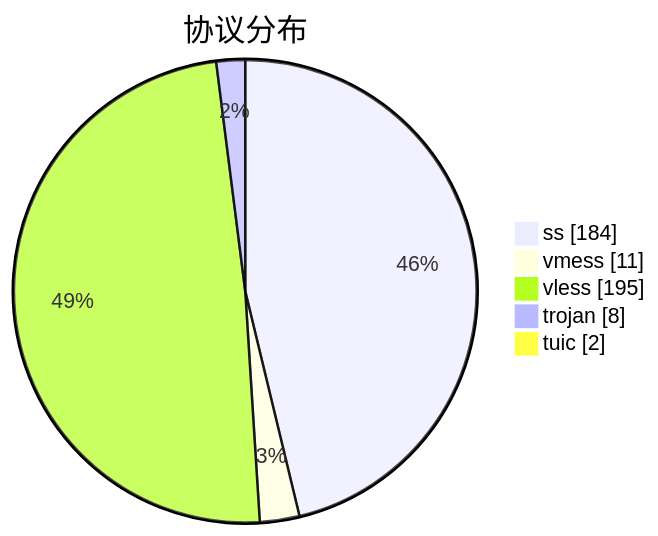
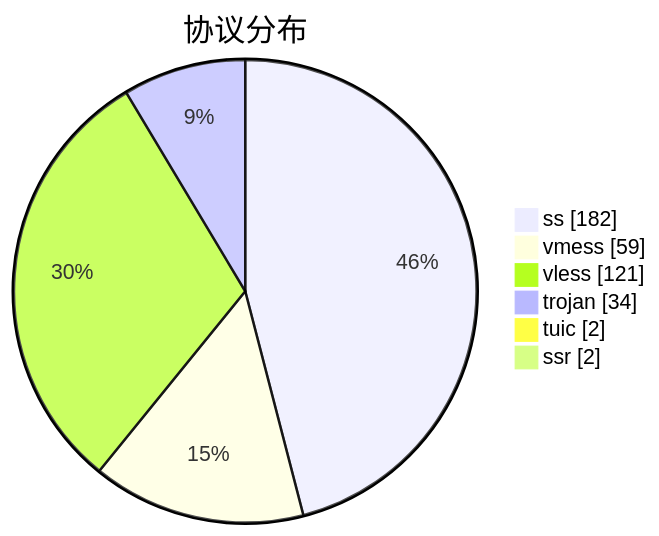
The third of 3 diagrams in subs/statistics/tested_within.md (qjlxg/airport), drawn with Mermaid before and after one commit. The commit also changed other lines of this file and 2 other files, not shown here.

````diff
--- a/subs/statistics/tested_within.md
+++ b/subs/statistics/tested_within.md
@@ -34,9 +36,10 @@
 ```mermaid
 pie showData
 title 协议分布
-"ss" : 184
-"vmess" : 11
-"vless" : 195
-"trojan" : 8
+"ss" : 182
+"vmess" : 59
+"vless" : 121
+"trojan" : 34
 "tuic" : 2
+"ssr" : 2
 ```
````
